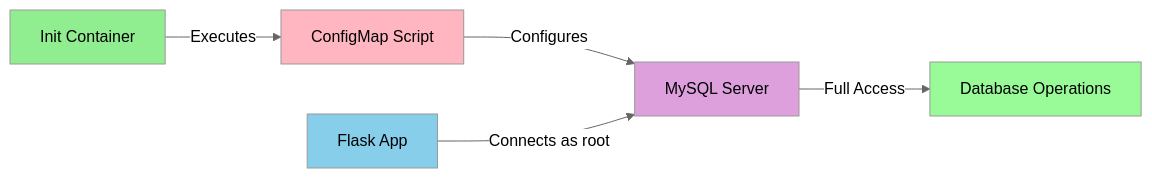
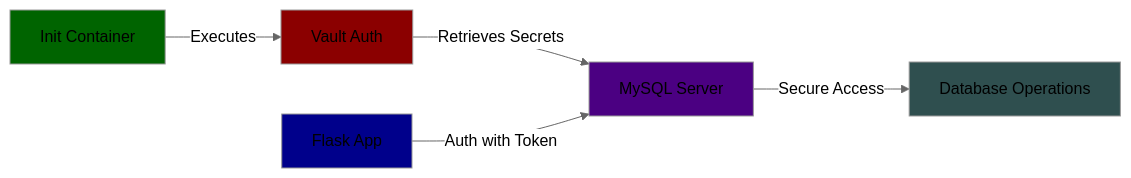
Before and after one commit to dvirmoyal/world-of-game: the third of 3 diagrams in README.md, drawn with Mermaid (neutral theme). The commit also changed other lines of this file and 2 other files, not shown here.

Commit message:
feat: upgrade app to use vault as s secret manger

````diff
--- a/README.md
+++ b/README.md
@@ -93,13 +80,12 @@
 ```mermaid
 graph LR
-    A[Init Container] -->|Executes| B[ConfigMap Script]
-    B -->|Configures| C[MySQL Server]
-    D[Flask App] -->|Connects as root| C
-    C -->|Full Access| E[Database Operations]
-
-    style A fill:#90EE90
-    style B fill:#FFB6C1
-    style C fill:#DDA0DD
-    style D fill:#87CEEB
-    style E fill:#98FB98
+    A[Init Container] -->|Executes| B[Vault Auth]
+    B -->|Retrieves Secrets| C[MySQL Server]
+    D[Flask App] -->|Auth with Token| C
+    C -->|Secure Access| E[Database Operations]
+    style A fill:#006400
+    style B fill:#8B0000
+    style C fill:#4B0082
+    style D fill:#00008B
+    style E fill:#2F4F4F
 ```
````
